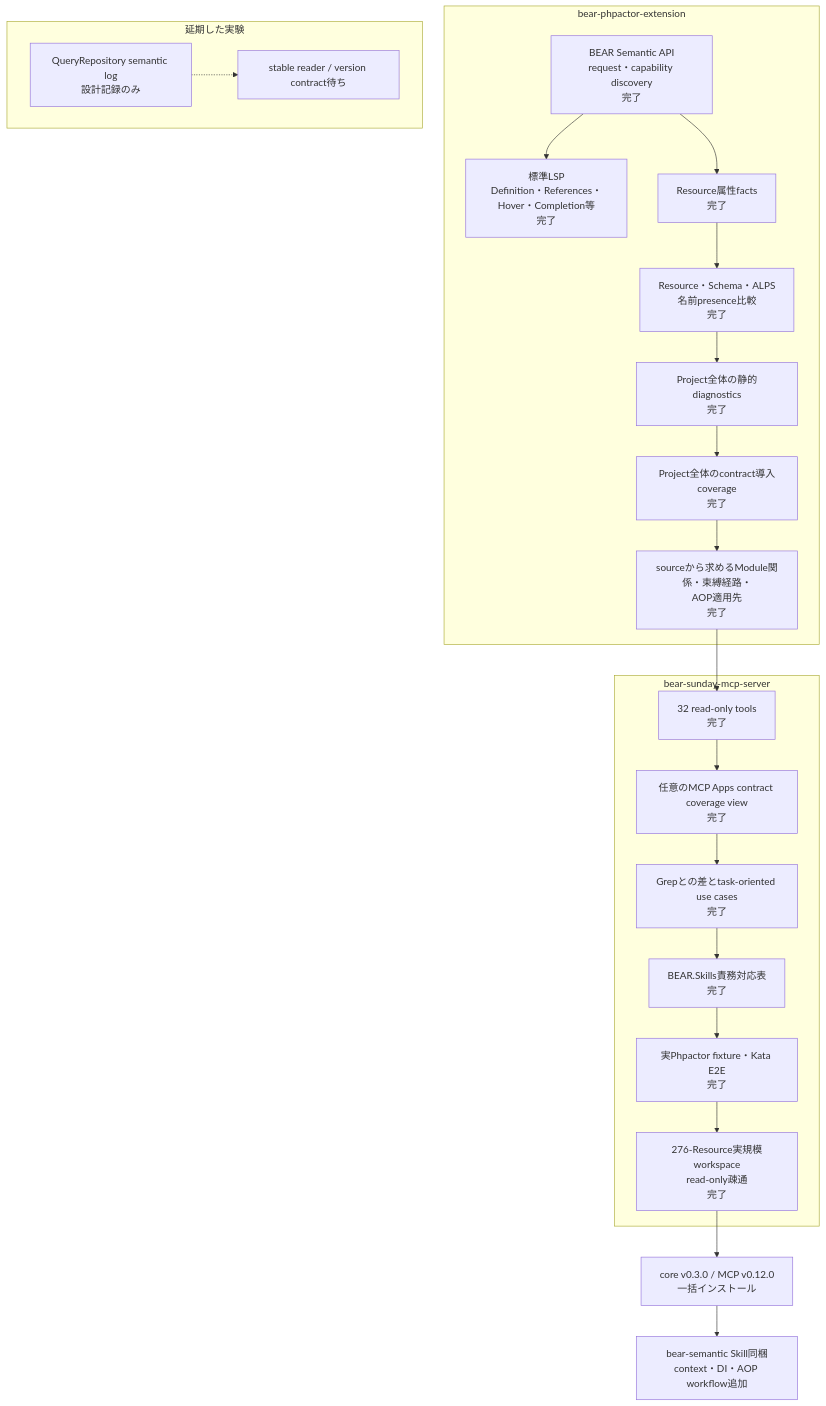
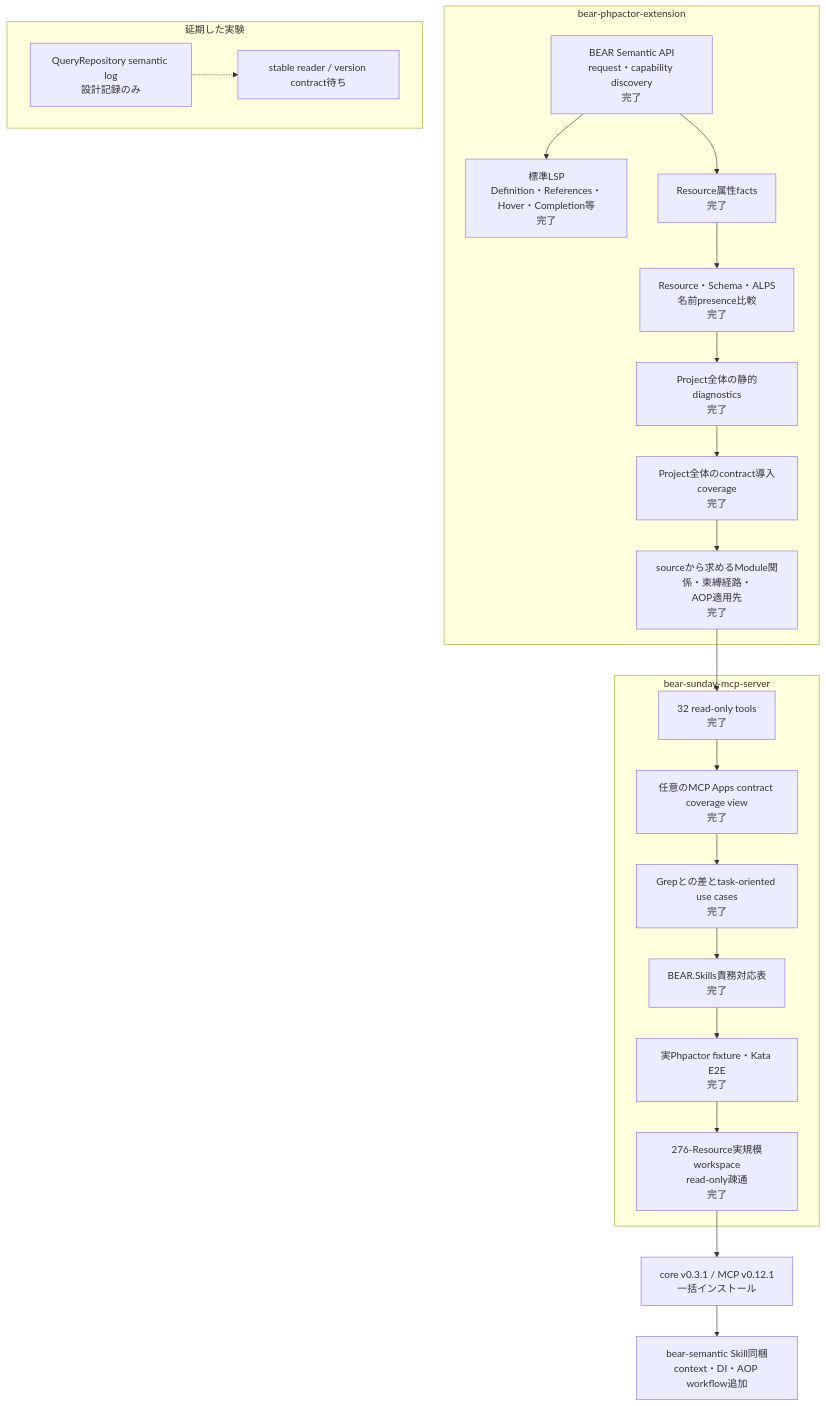
The diagram in docs/project-status.ja.md (suzumaze/bear-sunday-mcp-server), drawn with Mermaid before and after one commit. The commit also changed other lines of this file and 18 other files, not shown here.

````diff
--- a/docs/project-status.ja.md
+++ b/docs/project-status.ja.md
@@ -8,35 +8,35 @@
 ```mermaid
 flowchart TB
     subgraph Core["bear-phpactor-extension"]
         C1["BEAR Semantic API<br/>request・capability discovery<br/>完了"]
         C2["標準LSP<br/>Definition・References・Hover・Completion等<br/>完了"]
         C3["Resource属性facts<br/>完了"]
         C4["Resource・Schema・ALPS<br/>名前presence比較<br/>完了"]
         C5["Project全体の静的diagnostics<br/>完了"]
         C6["Project全体のcontract導入coverage<br/>完了"]
         C7["sourceから求めるModule関係・束縛経路・<br/>AOP適用先<br/>完了"]
         C1 --> C2
         C1 --> C3 --> C4 --> C5 --> C6 --> C7
     end
 
     subgraph MCP["bear-sunday-mcp-server"]
         M1["32 read-only tools<br/>完了"]
         M0["任意のMCP Apps contract coverage view<br/>完了"]
         M2["Grepとの差とtask-oriented use cases<br/>完了"]
         M3["BEAR.Skills責務対応表<br/>完了"]
         M4["実Phpactor fixture・Kata E2E<br/>完了"]
         M5["276-Resource実規模workspace<br/>read-only疎通<br/>完了"]
         M1 --> M0 --> M2 --> M3 --> M4 --> M5
     end
 
     C7 --> M1
 
     subgraph Deferred["延期した実験"]
         D1["QueryRepository semantic log<br/>設計記録のみ"]
         D2["stable reader / version contract待ち"]
         D1 -.-> D2
     end
 
-    M5 --> R1["core v0.3.0 / MCP v0.12.0<br/>一括インストール"]
+    M5 --> R1["core v0.3.1 / MCP v0.12.1<br/>一括インストール"]
     R1 --> S1["bear-semantic Skill同梱<br/>context・DI・AOP workflow追加"]
 ```
````
